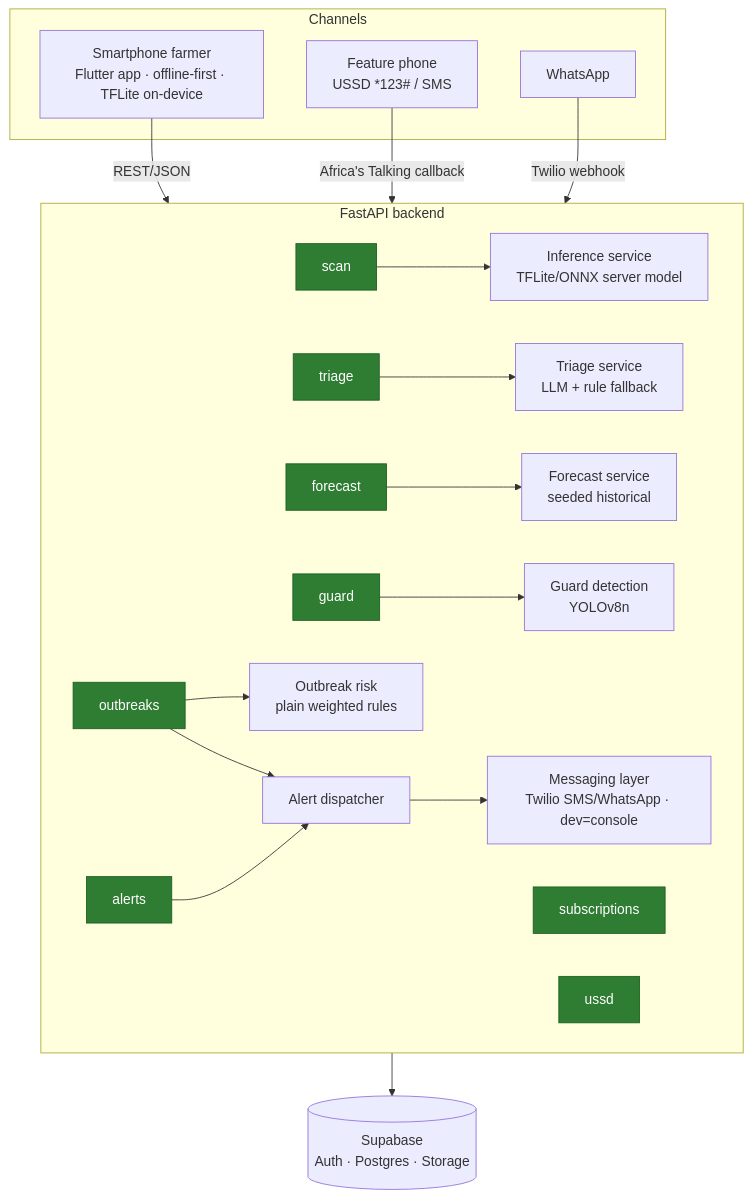
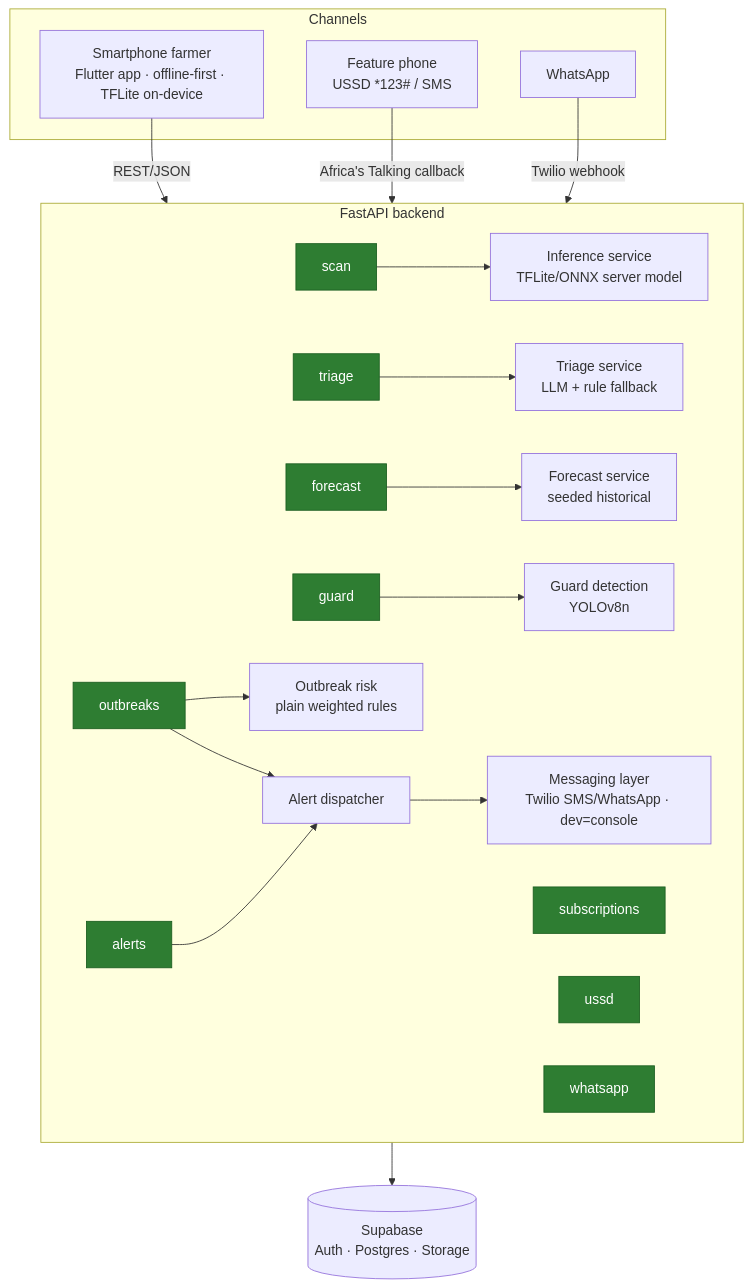
One commit to Lesruez93/RimaAi changed the diagram in docs/architecture.md. Above: the diagram before and after it, drawn with Mermaid. The commit also changed other lines of this file and 9 other files, not shown here.

````diff
--- a/docs/architecture.md
+++ b/docs/architecture.md
@@ -10,44 +10,45 @@
 ```mermaid
 flowchart TD
     subgraph Channels
       A[Smartphone farmer<br/>Flutter app · offline-first · TFLite on-device]
       B[Feature phone<br/>USSD *123# / SMS]
       C[WhatsApp]
     end
 
     A -->|REST/JSON| API
     B -->|Africa's Talking callback| API
     C -->|Twilio webhook| API
 
     subgraph API[FastAPI backend]
       R1[scan]:::r
       R2[triage]:::r
       R3[forecast]:::r
       R4[subscriptions]:::r
       R5[alerts]:::r
       R6[guard]:::r
       R7[outbreaks]:::r
       R8[ussd]:::r
+      R9[whatsapp]:::r
 
       S1[Inference service<br/>TFLite/ONNX server model]
       S2[Triage service<br/>LLM + rule fallback]
       S3[Forecast service<br/>seeded historical]
       S4[Guard detection<br/>YOLOv8n]
       S5[Outbreak risk<br/>plain weighted rules]
       S6[Alert dispatcher]
       M[Messaging layer<br/>Twilio SMS/WhatsApp · dev=console]
     end
 
     R1 --> S1
     R2 --> S2
     R3 --> S3
     R6 --> S4
     R7 --> S5
     R7 --> S6
     R5 --> S6
     S6 --> M
 
     API --> DB[(Supabase<br/>Auth · Postgres · Storage)]
 
     classDef r fill:#2e7d32,color:#fff,stroke:#1b5e20;
 ```
````
